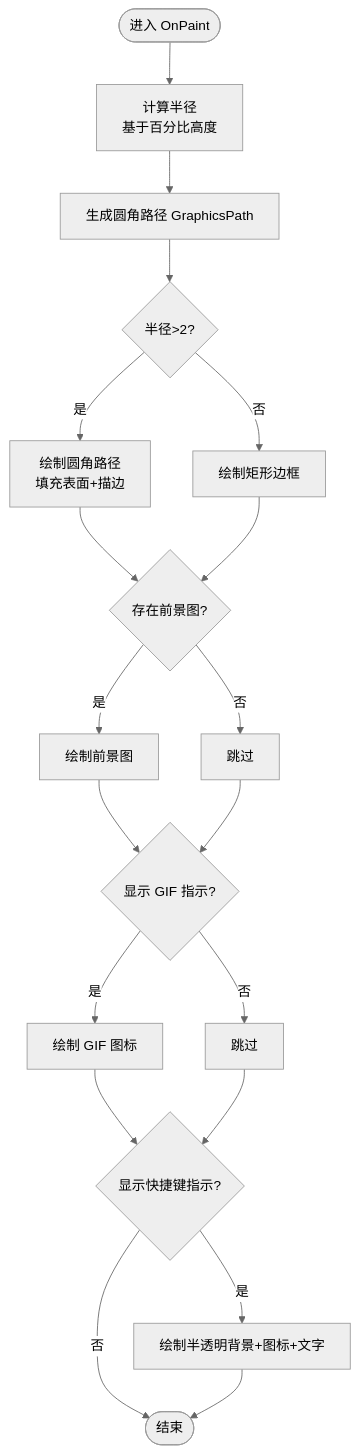
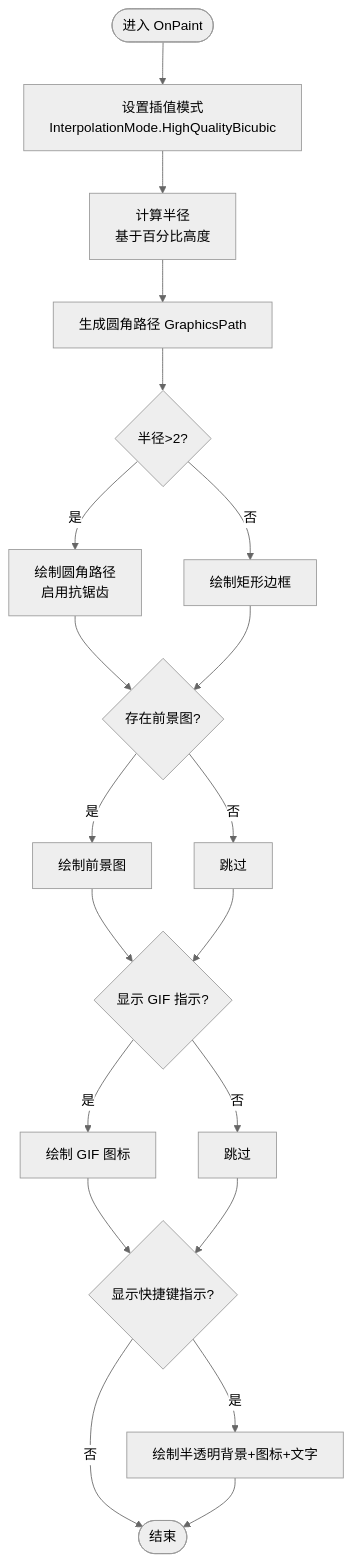
One commit to tea4go/Macro-Deck changed the fourth of 12 diagrams in .qoder/repowiki/zh/content/图形用户界面/自定义控件/自定义控件.md. Above: the diagram before and after it, drawn with Mermaid (neutral theme). The commit also changed other lines of this file and 63 other files, not shown here.

````diff
--- a/.qoder/repowiki/zh/content/图形用户界面/自定义控件/自定义控件.md
+++ b/.qoder/repowiki/zh/content/图形用户界面/自定义控件/自定义控件.md
@@ -346,21 +339,22 @@
 ```mermaid
 flowchart TD
-Start(["进入 OnPaint"]) --> Calc["计算半径<br/>基于百分比高度"]
+Start(["进入 OnPaint"]) --> Interpolation["设置插值模式<br/>InterpolationMode.HighQualityBicubic"]
+Interpolation --> Calc["计算半径<br/>基于百分比高度"]
 Calc --> Path["生成圆角路径 GraphicsPath"]
 Path --> AntiAlias{"半径>2?"}
-AntiAlias --> |是| DrawRound["绘制圆角路径<br/>填充表面+描边"]
+AntiAlias --> |是| DrawRound["绘制圆角路径<br/>启用抗锯齿"]
 AntiAlias --> |否| DrawRect["绘制矩形边框"]
 DrawRound --> Foreground{"存在前景图?"}
 DrawRect --> Foreground
 Foreground --> |是| DrawFG["绘制前景图"]
 Foreground --> |否| SkipFG["跳过"]
 DrawFG --> GifInd{"显示 GIF 指示?"}
 SkipFG --> GifInd
 GifInd --> |是| DrawGif["绘制 GIF 图标"]
 GifInd --> |否| SkipGif["跳过"]
 DrawGif --> HotkeyInd{"显示快捷键指示?"}
 SkipGif --> HotkeyInd
 HotkeyInd --> |是| DrawHotkey["绘制半透明背景+图标+文字"]
 HotkeyInd --> |否| End(["结束"])
 DrawHotkey --> End
 ```
````
